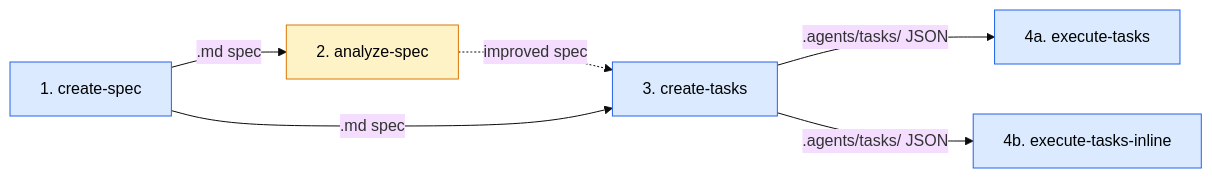
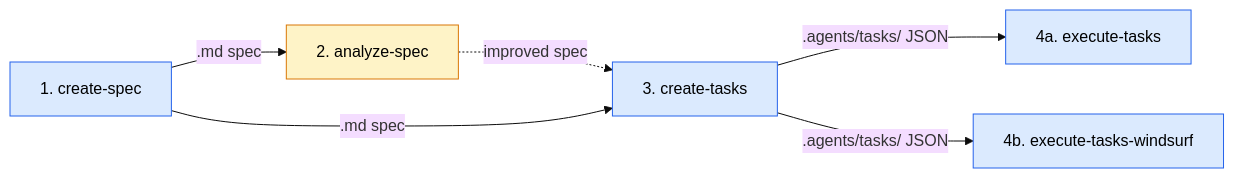
The diagram in plugins/sdd/skills/README.md (sequenzia/agent-tools), drawn with Mermaid (base theme) before and after one commit. The commit also changed other lines of this file and 10 other files, not shown here.

First line of the commit message:
refactor(sdd): rename execute-tasks-inline to execute-tasks-windsurf and add script-based hardening

````diff
--- a/plugins/sdd/skills/README.md
+++ b/plugins/sdd/skills/README.md
@@ -15,11 +15,11 @@
 ```mermaid
 flowchart LR
     CS["1. create-spec"]:::primary -->|".md spec"| AS["2. analyze-spec"]:::warning
     AS -.->|"improved spec"| CT["3. create-tasks"]:::primary
     CS -->|".md spec"| CT
     CT -->|".agents/tasks/ JSON"| ET["4a. execute-tasks"]:::primary
-    CT -->|".agents/tasks/ JSON"| ETI["4b. execute-tasks-inline"]:::primary
+    CT -->|".agents/tasks/ JSON"| ETI["4b. execute-tasks-windsurf"]:::primary
 
     classDef primary fill:#dbeafe,stroke:#2563eb,color:#000
     classDef warning fill:#fef3c7,stroke:#d97706,color:#000
 ```
````
